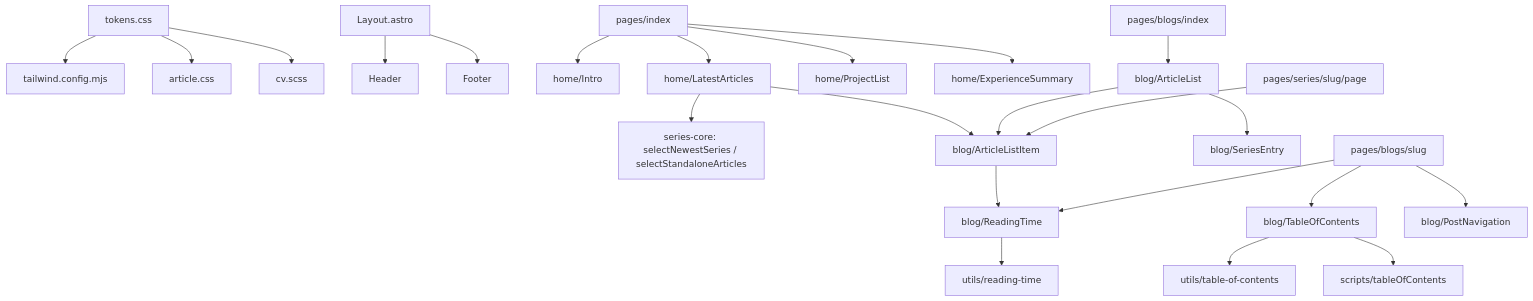
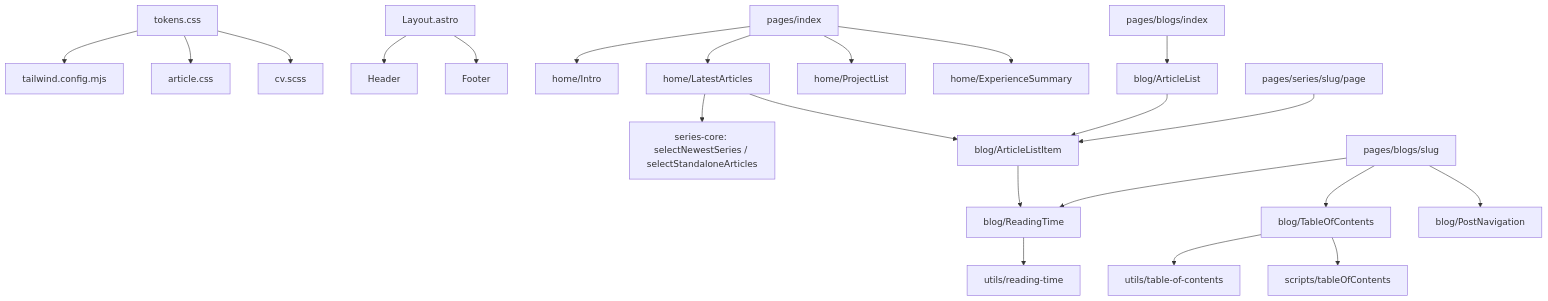
The diagram in .sdd/2026-10-04-blog-ui-redesign/ARCH.md (CodeMachine0121/CodeMachine0121.github.io), drawn with Mermaid before and after one commit. The commit also changed other lines of this file and 2 other files, not shown here.

Commit message:
docs: drop the ongoing series entry from the article list

````diff
--- a/.sdd/2026-10-04-blog-ui-redesign/ARCH.md
+++ b/.sdd/2026-10-04-blog-ui-redesign/ARCH.md
@@ -85,22 +85,21 @@
 ```mermaid
 flowchart TD
   tokens["tokens.css"] --> tailwind["tailwind.config.mjs"]
   tokens --> articleCss["article.css"]
   tokens --> cvScss["cv.scss"]
   layout["Layout.astro"] --> header["Header"]
   layout --> footer["Footer"]
   home["pages/index"] --> intro["home/Intro"]
   home --> latest["home/LatestArticles"]
   home --> projects["home/ProjectList"]
   home --> experience["home/ExperienceSummary"]
   latest --> core["series-core: selectNewestSeries / selectStandaloneArticles"]
   latest --> item["blog/ArticleListItem"]
   blogIndex["pages/blogs/index"] --> list["blog/ArticleList"] --> item
-  list --> entry["blog/SeriesEntry"]
   seriesPage["pages/series/slug/page"] --> item
   item --> readingTime["blog/ReadingTime"] --> estimate["utils/reading-time"]
   articlePage["pages/blogs/slug"] --> readingTime
   articlePage --> toc["blog/TableOfContents"] --> build["utils/table-of-contents"]
   toc --> spy["scripts/tableOfContents"]
   articlePage --> nav["blog/PostNavigation"]
 ```
````
